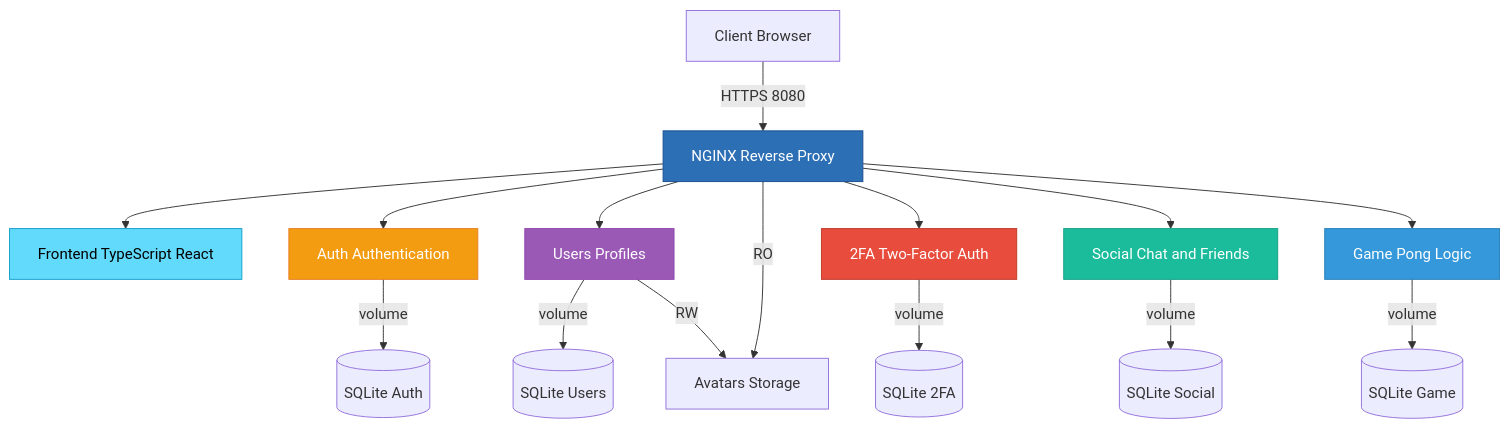
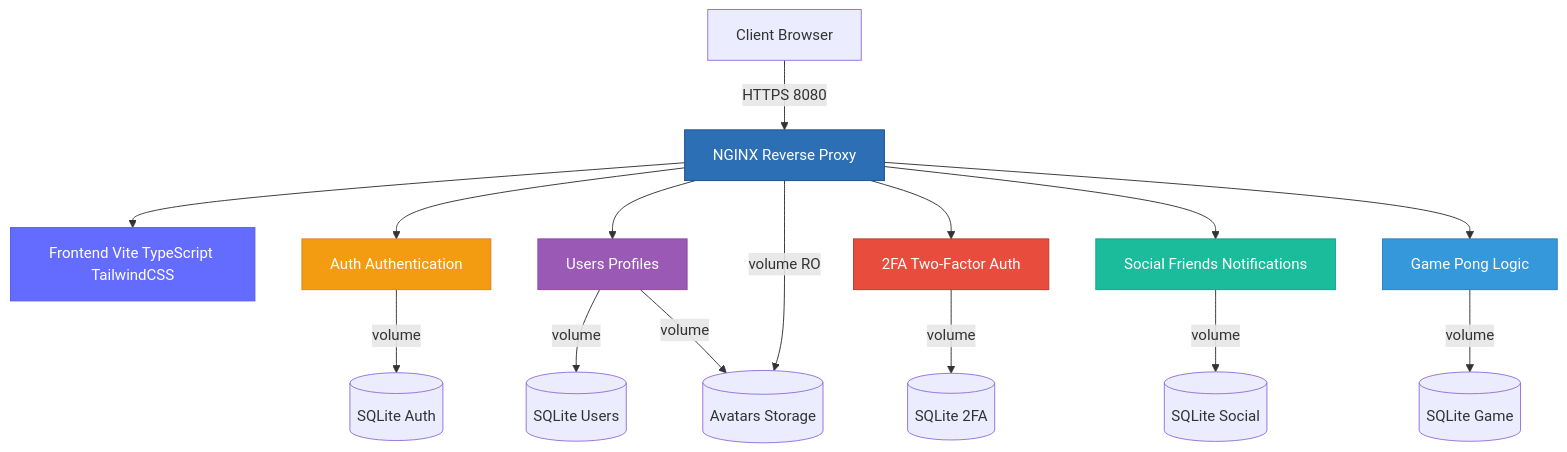
Before and after one commit to anais-f/42_ft_transcendence: the first of 3 diagrams in architecture.md, drawn with Mermaid. The commit also changed other lines of this file and 1 other file, not shown here.

````diff
--- a/architecture.md
+++ b/architecture.md
@@ -8,30 +8,30 @@
 ```mermaid
 graph TB
     Client[Client Browser]
-    
+
     Client -->|HTTPS 8080| Nginx[NGINX Reverse Proxy]
-    
-    Nginx --> Frontend[Frontend TypeScript React]
+
+    Nginx --> Frontend[Frontend Vite TypeScript TailwindCSS]
     Nginx --> Auth[Auth Authentication]
     Nginx --> Users[Users Profiles]
     Nginx --> TwoFA[2FA Two-Factor Auth]
-    Nginx --> Social[Social Chat and Friends]
+    Nginx --> Social[Social Friends Notifications]
     Nginx --> Game[Game Pong Logic]
-    
+
     Auth -->|volume| DB_Auth[(SQLite Auth)]
     Users -->|volume| DB_Users[(SQLite Users)]
     Social -->|volume| DB_Social[(SQLite Social)]
     TwoFA -->|volume| DB_2FA[(SQLite 2FA)]
     Game -->|volume| DB_Game[(SQLite Game)]
-    
-    Users -->|RW| Avatars[Avatars Storage]
-    Nginx -->|RO| Avatars
-    
+
+    Users -->|volume| Avatars[(Avatars Storage)]
+    Nginx -->|volume RO| Avatars
+
     style Nginx fill:#2d6fb5,stroke:#1a4d8f,color:#fff
-    style Frontend fill:#61dafb,stroke:#149eca,color:#000
+    style Frontend fill:#646cff,stroke:#535bf2,color:#fff
     style Auth fill:#f39c12,stroke:#e67e22,color:#fff
     style Users fill:#9b59b6,stroke:#8e44ad,color:#fff
     style TwoFA fill:#e74c3c,stroke:#c0392b,color:#fff
     style Social fill:#1abc9c,stroke:#16a085,color:#fff
     style Game fill:#3498db,stroke:#2980b9,color:#fff
 ```
````
